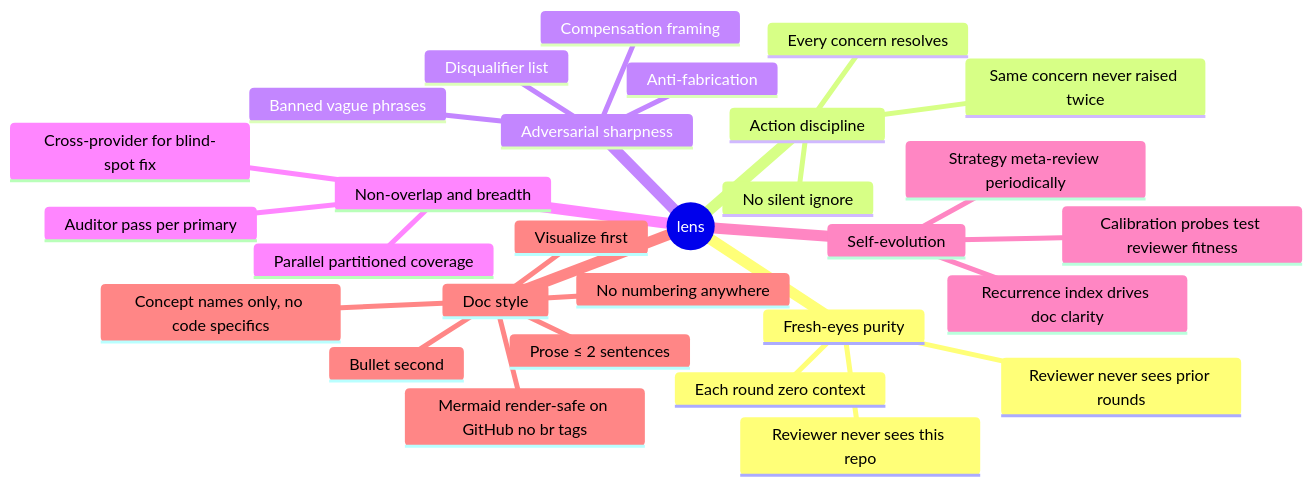
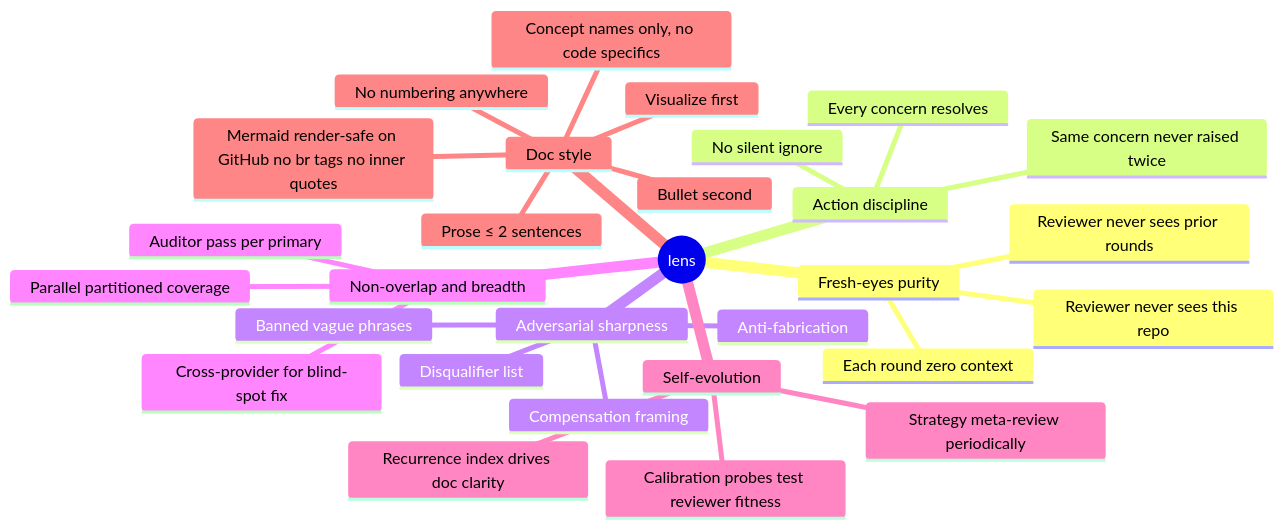
Before and after one commit to 1qh/lens: the first of 2 diagrams in PHILOSOPHY.md, drawn with Mermaid. The commit also changed 2 other files, not shown here.

Commit message:
fix mermaid: drop inner quotes in diamond labels, breaks parser

````diff
--- a/PHILOSOPHY.md
+++ b/PHILOSOPHY.md
@@ -7,32 +7,32 @@
 ```mermaid
 mindmap
   root((lens))
     Fresh-eyes purity
       Each round zero context
       Reviewer never sees prior rounds
       Reviewer never sees this repo
     Action discipline
       Every concern resolves
       No silent ignore
       Same concern never raised twice
     Adversarial sharpness
       Compensation framing
       Disqualifier list
       Banned vague phrases
       Anti-fabrication
     Non-overlap and breadth
       Parallel partitioned coverage
       Auditor pass per primary
       Cross-provider for blind-spot fix
     Self-evolution
       Strategy meta-review periodically
       Recurrence index drives doc clarity
       Calibration probes test reviewer fitness
     Doc style
       Visualize first
       Bullet second
       Prose ≤ 2 sentences
       Concept names only, no code specifics
       No numbering anywhere
-      Mermaid render-safe on GitHub no br tags
+      Mermaid render-safe on GitHub no br tags no inner quotes
 ```
````
